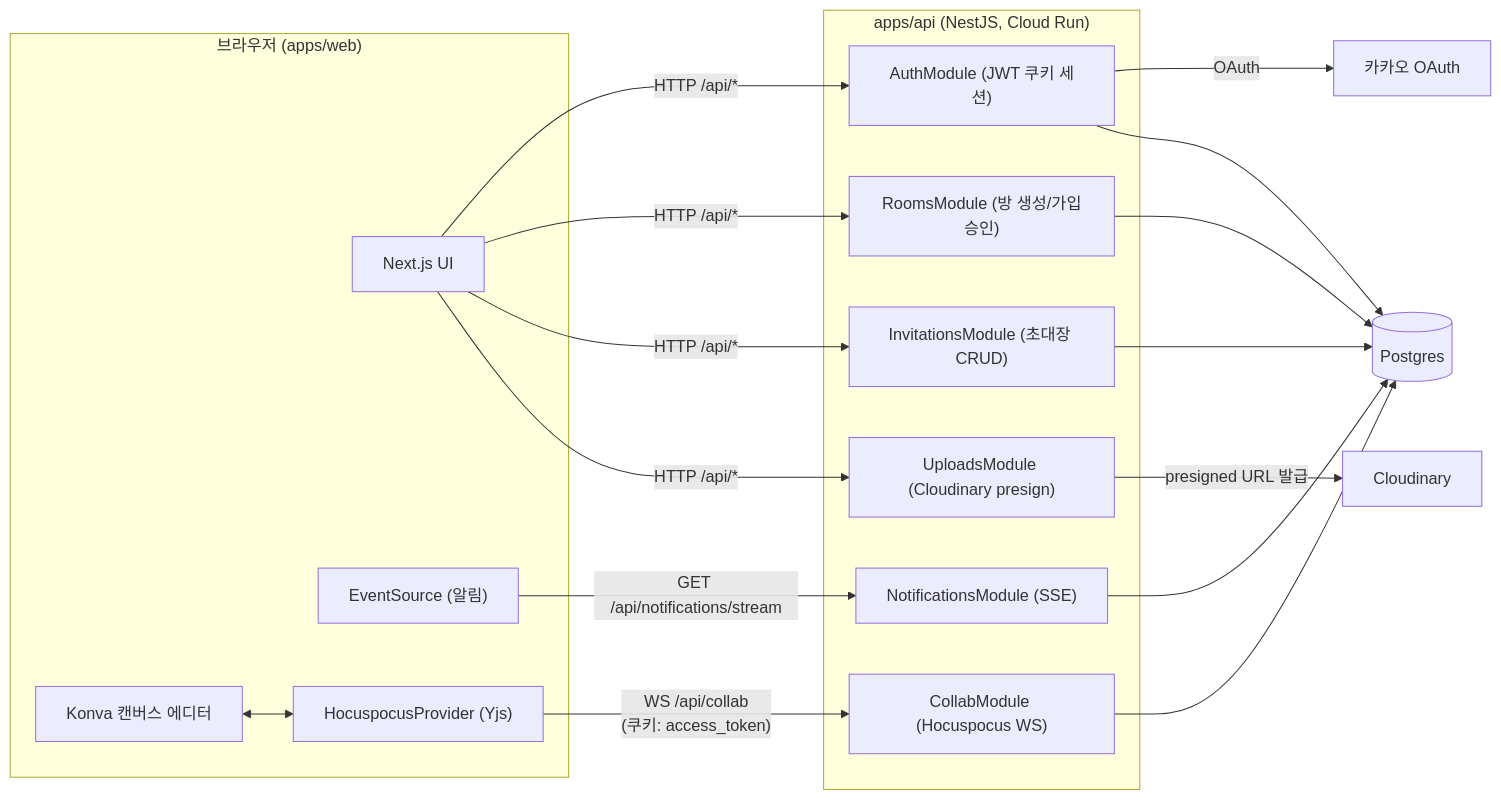
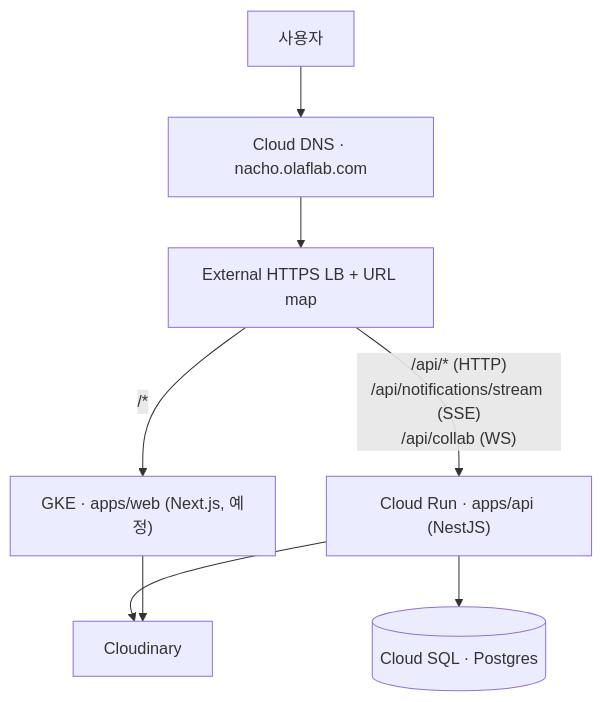
Before and after one commit to blackpeachcake/merry-christmas: the diagram in README.md, drawn with Mermaid. The commit also changed other lines of this file, not shown here.

Commit message:
docs: README 아키텍처를 API 모듈 단위 대신 배포 인프라/실시간 통신 중심으로 변경
AuthModule 등 API 내부 모듈 나열 대신, 실제 배포 구조(GKE+Cloud Run
하이브리드, LB 경로 분기)와 SSE/WS 실시간 통신 부분만 다이어그램으로
보여주도록 변경. #7 인프라 디스커션 내용을 반영.

````diff
--- a/README.md
+++ b/README.md
@@ -44,36 +46,12 @@
 ```mermaid
-flowchart LR
-    subgraph Client["브라우저 (apps/web)"]
-        UI["Next.js UI"]
-        Editor["Konva 캔버스 에디터"]
-        SSEClient["EventSource (알림)"]
-        WSClient["HocuspocusProvider (Yjs)"]
-        Editor <--> WSClient
-    end
+flowchart TD
+    U["사용자"] --> DNS["Cloud DNS · nacho.olaflab.com"]
+    DNS --> LB["External HTTPS LB + URL map"]
 
-    Kakao["카카오 OAuth"]
+    LB -- "/*" --> WEB["GKE · apps/web (Next.js, 예정)"]
+    LB -- "/api/* (HTTP)\n/api/notifications/stream (SSE)\n/api/collab (WS)" --> CR["Cloud Run · apps/api (NestJS)"]
 
-    subgraph Server["apps/api (NestJS, Cloud Run)"]
-        Auth["AuthModule (JWT 쿠키 세션)"]
-        Rooms["RoomsModule (방 생성/가입승인)"]
-        Invitations["InvitationsModule (초대장 CRUD)"]
-        Notifications["NotificationsModule (SSE)"]
-        Collab["CollabModule (Hocuspocus WS)"]
-        Uploads["UploadsModule (Cloudinary presign)"]
-    end
-
-    DB[("Postgres")]
-    Cloudinary["Cloudinary"]
-
-    UI -- "HTTP /api/*" --> Auth & Rooms & Invitations & Uploads
-    SSEClient -- "GET /api/notifications/stream" --> Notifications
-    WSClient -- "WS /api/collab\n(쿠키: access_token)" --> Collab
-
-    Auth -- OAuth --> Kakao
-    Auth --> DB
-    Rooms --> DB
-    Invitations --> DB
-    Notifications --> DB
-    Collab --> DB
-    Uploads -- "presigned URL 발급" --> Cloudinary
+    CR --> SQL[("Cloud SQL · Postgres")]
+    CR --> CLD["Cloudinary"]
+    WEB --> CLD
 ```
````
